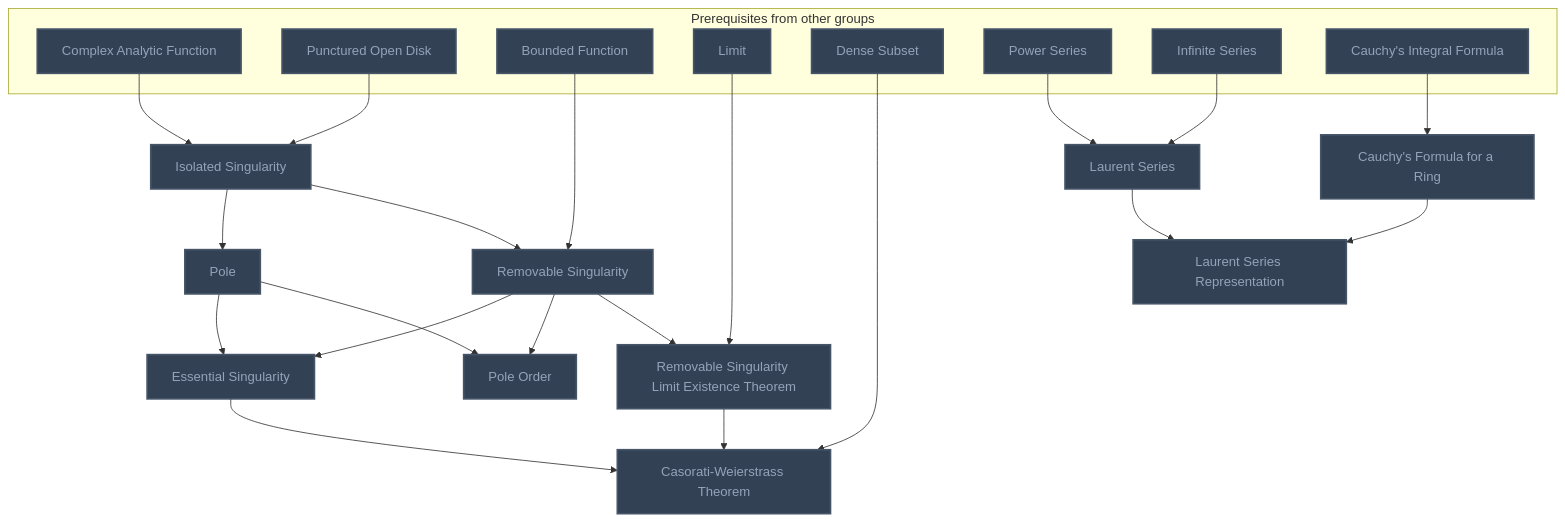
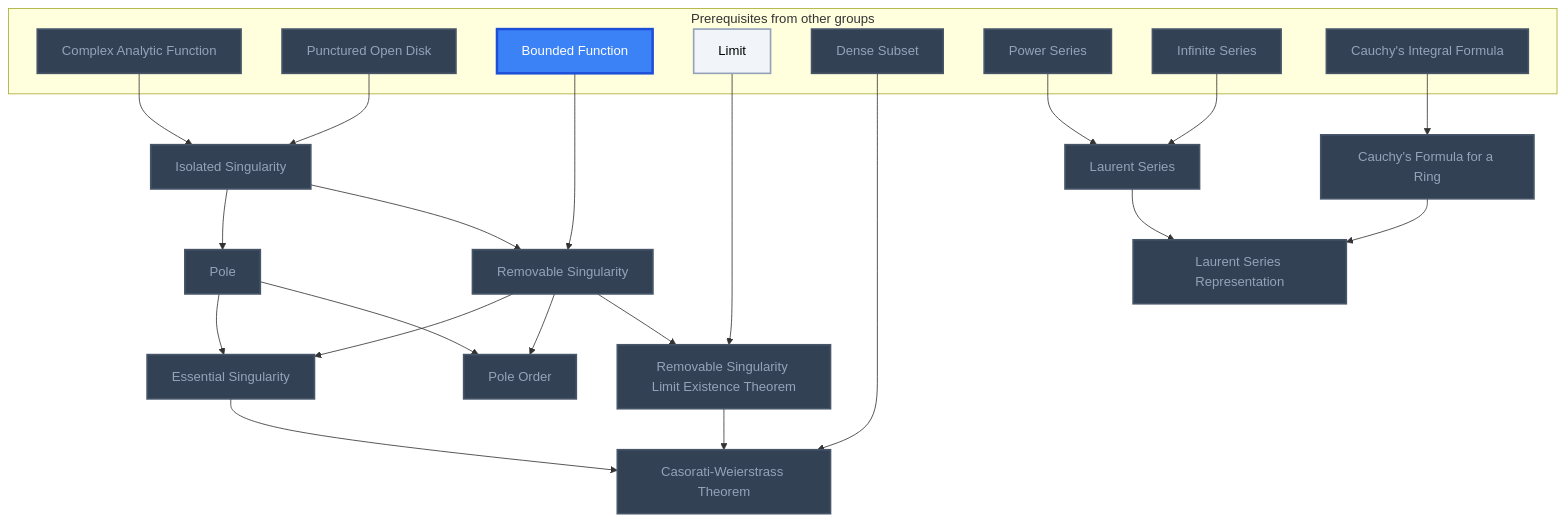
Before and after one commit to MRauf1/My-Notes: the tenth of 19 diagrams in Gamification/Skill Trees/Complex Analysis.md, drawn with Mermaid. The commit also changed other lines of this file and 156 other files, not shown here.

````diff
--- a/Gamification/Skill Trees/Complex Analysis.md
+++ b/Gamification/Skill Trees/Complex Analysis.md
@@ -402,53 +412,55 @@
 ```mermaid
 flowchart TD
     classDef planned fill:#1E293B,stroke:#64748B,stroke-width:2px,stroke-dasharray:5 5,color:#94A3B8;
     classDef locked fill:#334155,stroke:#475569,stroke-width:2px,color:#94A3B8;
     classDef L0 fill:#F1F5F9,stroke:#94A3B8,stroke-width:2px,color:#000000;
     classDef L1 fill:#22C55E,stroke:#15803D,stroke-width:2px,color:#000000;
     classDef L2 fill:#3B82F6,stroke:#1D4ED8,stroke-width:3px,color:#FFFFFF;
     classDef L3 fill:#A855F7,stroke:#6B21A8,stroke-width:3px,color:#FFFFFF,font-weight:bold;
     classDef L4 fill:#F97316,stroke:#C2410C,stroke-width:4px,color:#000000,font-weight:bold;
     classDef L5 fill:#FFD700,stroke:#FF8C00,stroke-width:5px,color:#000000,font-weight:bold;
     classDef rusty stroke:#8B4513,stroke-width:4px,stroke-dasharray:3 3;
     subgraph sg_prereqs["Prerequisites from other groups"]
         n_complex_analytic_function["Complex Analytic Function"]
         n_punctured_open_disk["Punctured Open Disk"]
         n_bounded_function["Bounded Function"]
         n_limit["Limit"]
         n_dense_subset["Dense Subset"]
         n_power_series["Power Series"]
         n_infinite_series["Infinite Series"]
         n_cauchy_s_integral_formula["Cauchy's Integral Formula"]
     end
     n_isolated_singularity["Isolated Singularity"]
     n_removable_singularity["Removable Singularity"]
     n_removable_singularity_limit_existence_theorem["Removable Singularity Limit Existence Theorem"]
     n_pole["Pole"]
     n_pole_order["Pole Order"]
     n_essential_singularity["Essential Singularity"]
     n_casorati_weierstrass_theorem["Casorati-Weierstrass Theorem"]
     n_laurent_series["Laurent Series"]
     n_cauchy_s_formula_for_a_ring["Cauchy's Formula for a Ring"]
     n_laurent_series_representation["Laurent Series Representation"]
     n_complex_analytic_function --> n_isolated_singularity
     n_punctured_open_disk --> n_isolated_singularity
     n_isolated_singularity --> n_removable_singularity
     n_bounded_function --> n_removable_singularity
     n_removable_singularity --> n_removable_singularity_limit_existence_theorem
     n_limit --> n_removable_singularity_limit_existence_theorem
     n_isolated_singularity --> n_pole
     n_pole --> n_pole_order
     n_removable_singularity --> n_pole_order
     n_removable_singularity --> n_essential_singularity
     n_pole --> n_essential_singularity
     n_essential_singularity --> n_casorati_weierstrass_theorem
     n_removable_singularity_limit_existence_theorem --> n_casorati_weierstrass_theorem
     n_dense_subset --> n_casorati_weierstrass_theorem
     n_power_series --> n_laurent_series
     n_infinite_series --> n_laurent_series
     n_cauchy_s_integral_formula --> n_cauchy_s_formula_for_a_ring
     n_laurent_series --> n_laurent_series_representation
     n_cauchy_s_formula_for_a_ring --> n_laurent_series_representation
-    class n_complex_analytic_function,n_punctured_open_disk,n_bounded_function,n_limit,n_dense_subset,n_power_series,n_infinite_series,n_cauchy_s_integral_formula,n_isolated_singularity,n_removable_singularity,n_removable_singularity_limit_existence_theorem,n_pole,n_pole_order,n_essential_singularity,n_casorati_weierstrass_theorem,n_laurent_series,n_cauchy_s_formula_for_a_ring,n_laurent_series_representation locked;
+    class n_complex_analytic_function,n_punctured_open_disk,n_dense_subset,n_power_series,n_infinite_series,n_cauchy_s_integral_formula,n_isolated_singularity,n_removable_singularity,n_removable_singularity_limit_existence_theorem,n_pole,n_pole_order,n_essential_singularity,n_casorati_weierstrass_theorem,n_laurent_series,n_cauchy_s_formula_for_a_ring,n_laurent_series_representation locked;
+    class n_limit L0;
+    class n_bounded_function L2;
     class n_complex_analytic_function,n_punctured_open_disk,n_bounded_function,n_limit,n_dense_subset,n_power_series,n_infinite_series,n_cauchy_s_integral_formula,n_isolated_singularity,n_removable_singularity,n_removable_singularity_limit_existence_theorem,n_pole,n_pole_order,n_essential_singularity,n_casorati_weierstrass_theorem,n_laurent_series,n_cauchy_s_formula_for_a_ring,n_laurent_series_representation internal-link;
 ```
````
